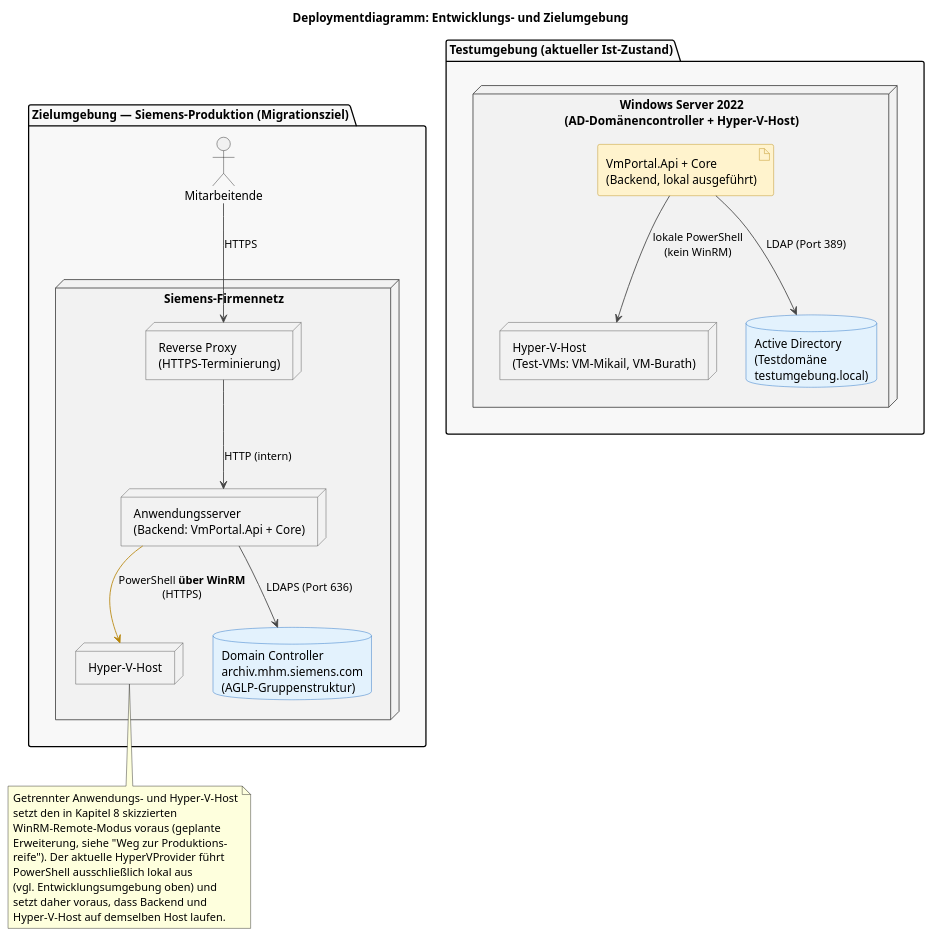
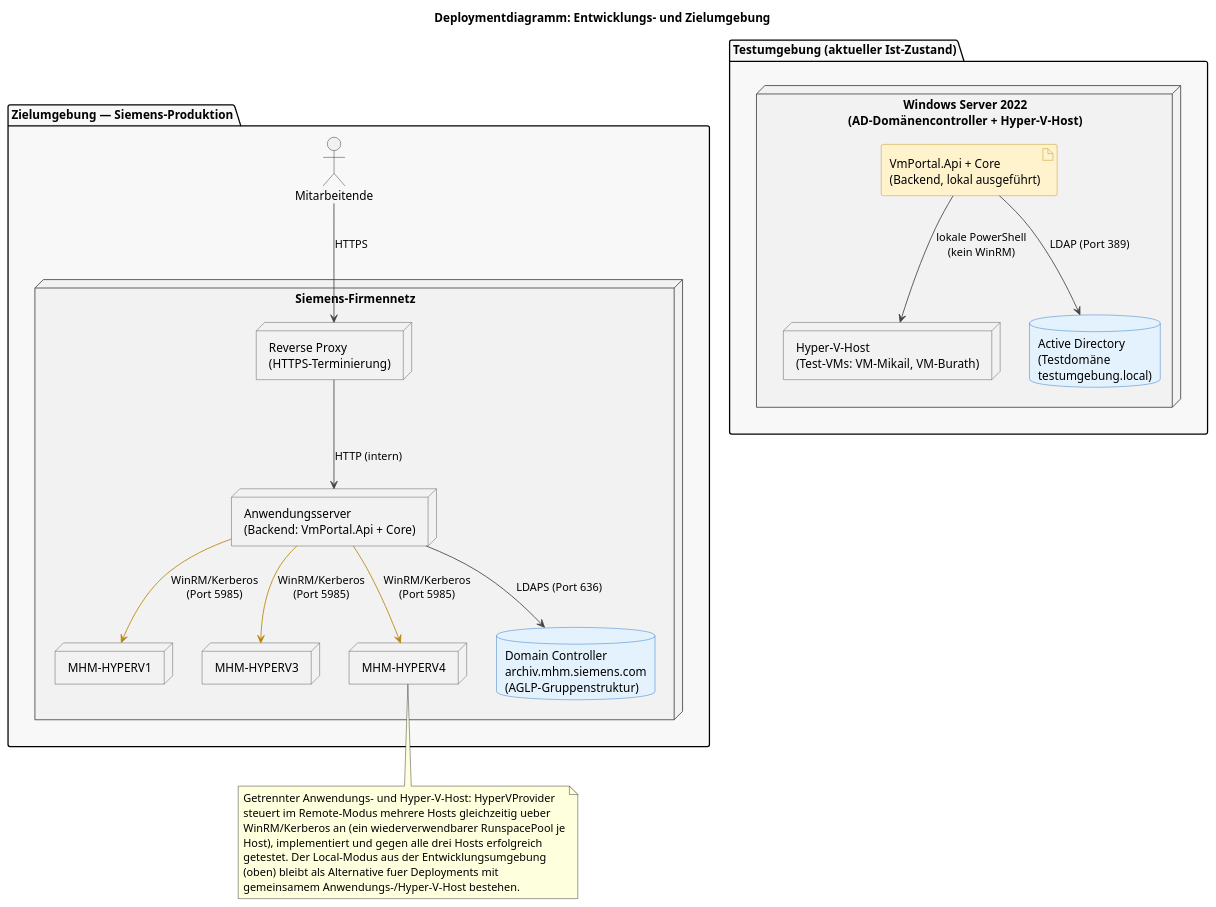
Before and after one commit to mikaildhbw/vm-portal: the diagram in thesis/diagrams/deployment_umgebungen.puml, drawn with PlantUML. The commit also changed 6 other files, not shown here.

```diff
--- a/thesis/diagrams/deployment_umgebungen.puml
+++ b/thesis/diagrams/deployment_umgebungen.puml
@@ -1,58 +1,60 @@
 @startuml deployment_umgebungen
 title Deploymentdiagramm: Entwicklungs- und Zielumgebung
 
 skinparam backgroundColor white
 skinparam node {
   BackgroundColor #F2F2F2
   BorderColor #444444
 }
 skinparam database {
   BackgroundColor #E3F2FD
   BorderColor #1565C0
 }
 skinparam artifact {
   BackgroundColor #FFF3CD
   BorderColor #B8860B
 }
 
 package "Testumgebung (aktueller Ist-Zustand)" #F8F8F8 {
   node "Windows Server 2022\n(AD-Domänencontroller + Hyper-V-Host)" as DevVM {
     artifact "VmPortal.Api + Core\n(Backend, lokal ausgeführt)" as DevBackend
     node "Hyper-V-Host\n(Test-VMs: VM-Mikail, VM-Burath)" as DevHyperV
     database "Active Directory\n(Testdomäne\ntestumgebung.local)" as DevAD
   }
   DevBackend -[#444444]-> DevHyperV : lokale PowerShell\n(kein WinRM)
   DevBackend -[#444444]-> DevAD : LDAP (Port 389)
 }
 
-package "Zielumgebung — Siemens-Produktion (Migrationsziel)" #F8F8F8 {
+package "Zielumgebung — Siemens-Produktion" #F8F8F8 {
   node "Siemens-Firmennetz" as SiemensNet {
     node "Reverse Proxy\n(HTTPS-Terminierung)" as ReverseProxy
     node "Anwendungsserver\n(Backend: VmPortal.Api + Core)" as ProdBackend
-    node "Hyper-V-Host" as ProdHyperV
+    node "MHM-HYPERV1" as ProdHyperV1
+    node "MHM-HYPERV3" as ProdHyperV3
+    node "MHM-HYPERV4" as ProdHyperV4
     database "Domain Controller\narchiv.mhm.siemens.com\n(AGLP-Gruppenstruktur)" as ProdAD
   }
 
   actor "Mitarbeitende" as User
 
   User -[#444444]-> ReverseProxy : HTTPS
   ReverseProxy -[#444444]-> ProdBackend : HTTP (intern)
-  ProdBackend -[#B8860B]-> ProdHyperV : PowerShell **über WinRM**\n(HTTPS)
+  ProdBackend -[#B8860B]-> ProdHyperV1 : WinRM/Kerberos\n(Port 5985)
+  ProdBackend -[#B8860B]-> ProdHyperV3 : WinRM/Kerberos\n(Port 5985)
+  ProdBackend -[#B8860B]-> ProdHyperV4 : WinRM/Kerberos\n(Port 5985)
   ProdBackend -[#444444]-> ProdAD : LDAPS (Port 636)
 }
 
-note bottom of ProdHyperV
-  Getrennter Anwendungs- und Hyper-V-Host
-  setzt den in Kapitel 8 skizzierten
-  WinRM-Remote-Modus voraus (geplante
-  Erweiterung, siehe "Weg zur Produktions-
-  reife"). Der aktuelle HyperVProvider führt
-  PowerShell ausschließlich lokal aus
-  (vgl. Entwicklungsumgebung oben) und
-  setzt daher voraus, dass Backend und
-  Hyper-V-Host auf demselben Host laufen.
+note bottom of ProdHyperV4
+  Getrennter Anwendungs- und Hyper-V-Host: HyperVProvider
+  steuert im Remote-Modus mehrere Hosts gleichzeitig ueber
+  WinRM/Kerberos an (ein wiederverwendbarer RunspacePool je
+  Host), implementiert und gegen alle drei Hosts erfolgreich
+  getestet. Der Local-Modus aus der Entwicklungsumgebung
+  (oben) bleibt als Alternative fuer Deployments mit
+  gemeinsamem Anwendungs-/Hyper-V-Host bestehen.
 end note
 
 DevVM -[hidden]-> SiemensNet
 
 @enduml
```
